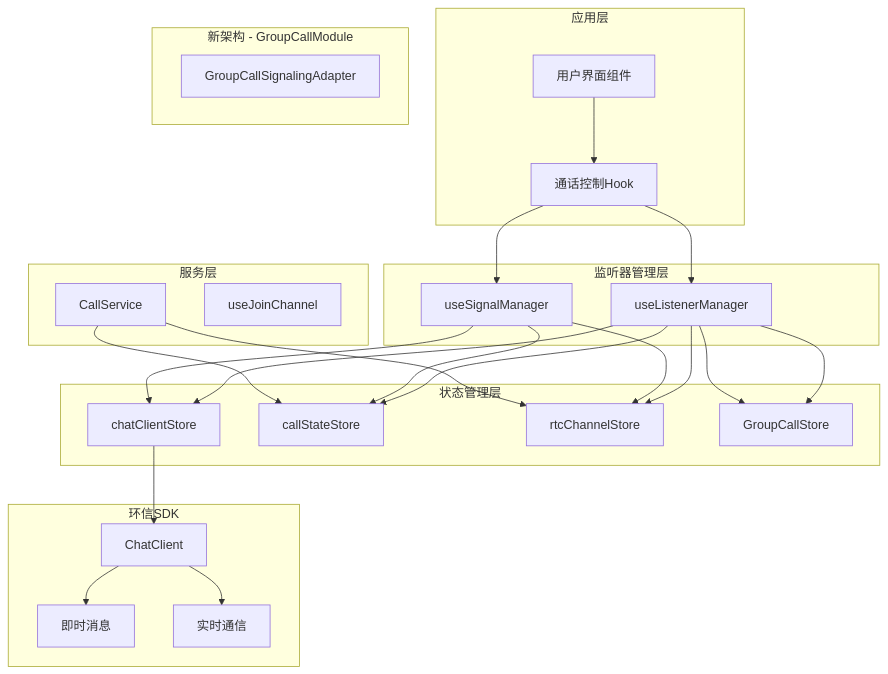
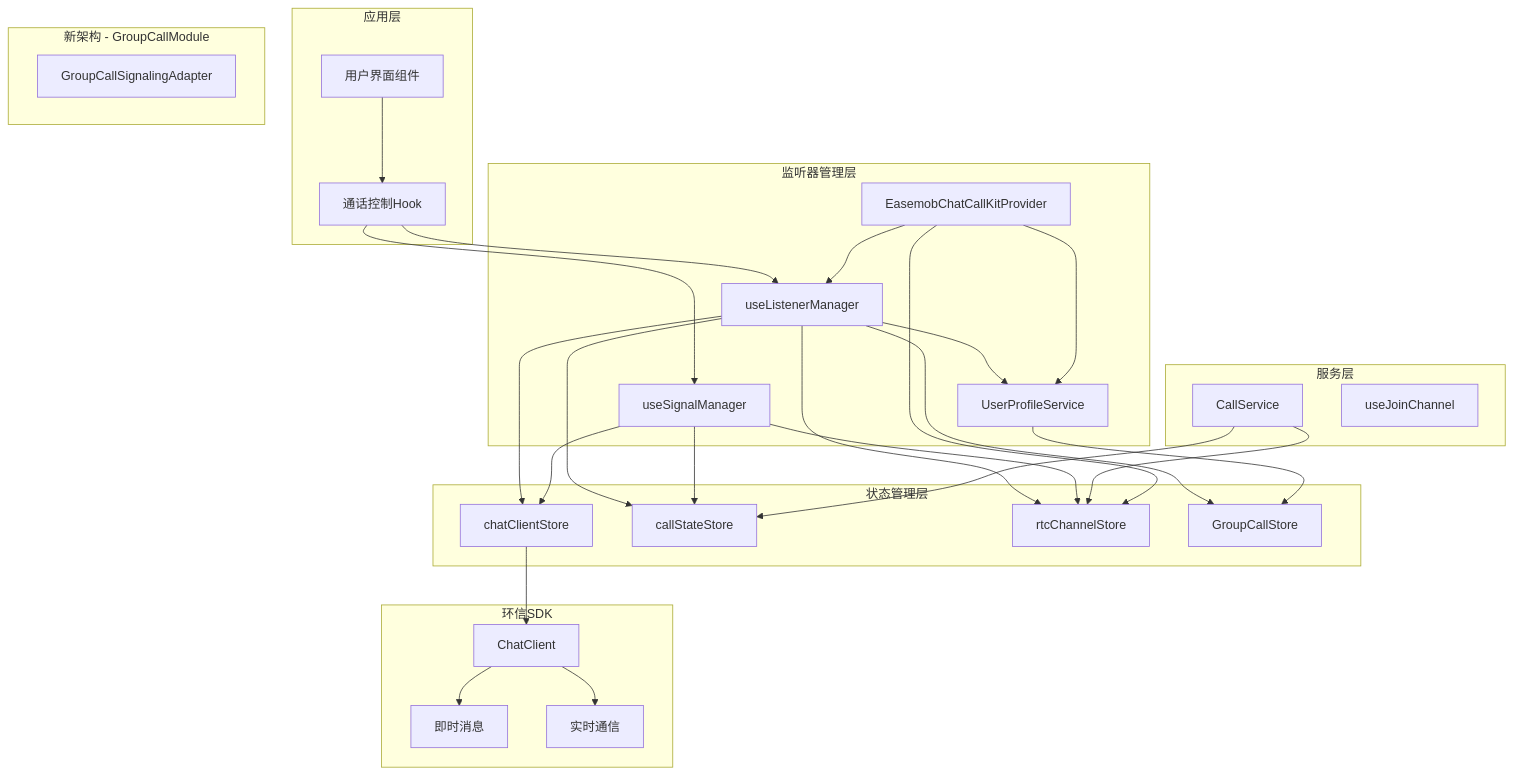
One commit to Easemob-Community/easemob-uikit-callkit-vue3 changed the second of 22 diagrams in .qoder/repowiki/zh/content/组合式 API/监听器管理 API.md. Above: the diagram before and after it, drawn with Mermaid. The commit also changed other lines of this file and 58 other files, not shown here.

````diff
--- a/.qoder/repowiki/zh/content/组合式 API/监听器管理 API.md
+++ b/.qoder/repowiki/zh/content/组合式 API/监听器管理 API.md
@@ -208,46 +269,52 @@
 ```mermaid
 graph TB
 subgraph "应用层"
 UI[用户界面组件]
 HC[通话控制Hook]
 end
 subgraph "监听器管理层"
 LM[useListenerManager]
 SM[useSignalManager]
+UPS[UserProfileService]
+ELM[EasemobChatCallKitProvider]
 end
 subgraph "状态管理层"
 CS[chatClientStore]
 CL[callStateStore]
 RC[rtcChannelStore]
 GCS[globalCallStore]
 end
 subgraph "新架构 - GroupCallModule"
 GCS[GroupCallStore]
 GSA[GroupCallSignalingAdapter]
 end
 subgraph "服务层"
 CSvc[CallService]
 JC[useJoinChannel]
 end
 subgraph "环信SDK"
 SDK[ChatClient]
 IM[即时消息]
 RTC[实时通信]
 end
 UI --> HC
 HC --> LM
 HC --> SM
 LM --> CS
 LM --> CL
 LM --> RC
 LM --> GCS
-LM --> GCS
+LM --> UPS
 SM --> CS
 SM --> CL
 SM --> RC
 CSvc --> CL
 CSvc --> RC
 CS --> SDK
 SDK --> IM
 SDK --> RTC
+UPS --> GCS
+ELM --> LM
+ELM --> UPS
+ELM --> RC
 ```
````
